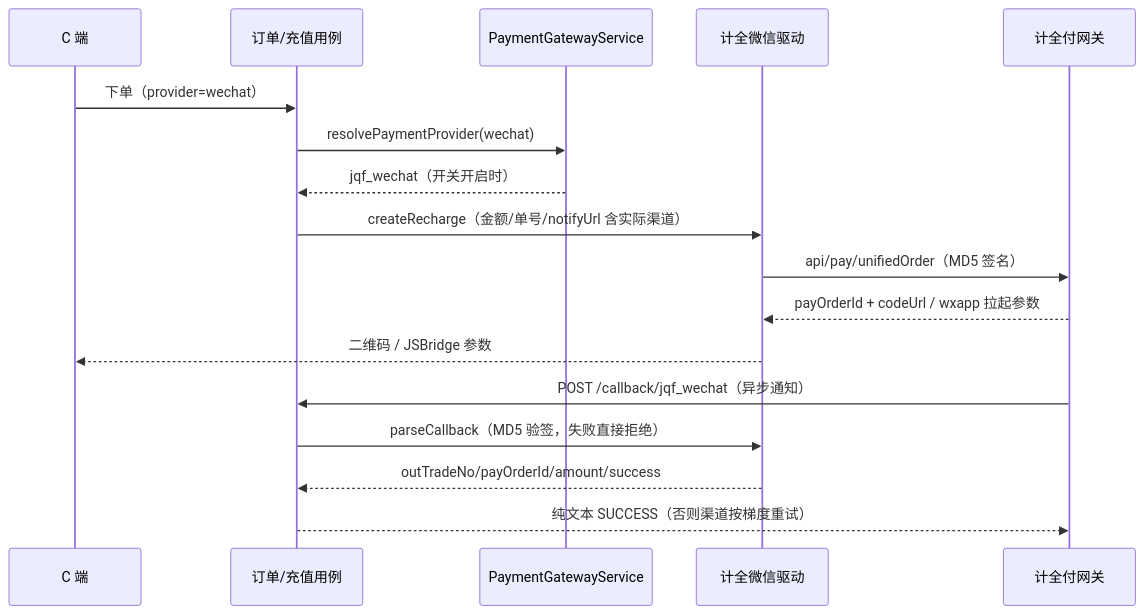
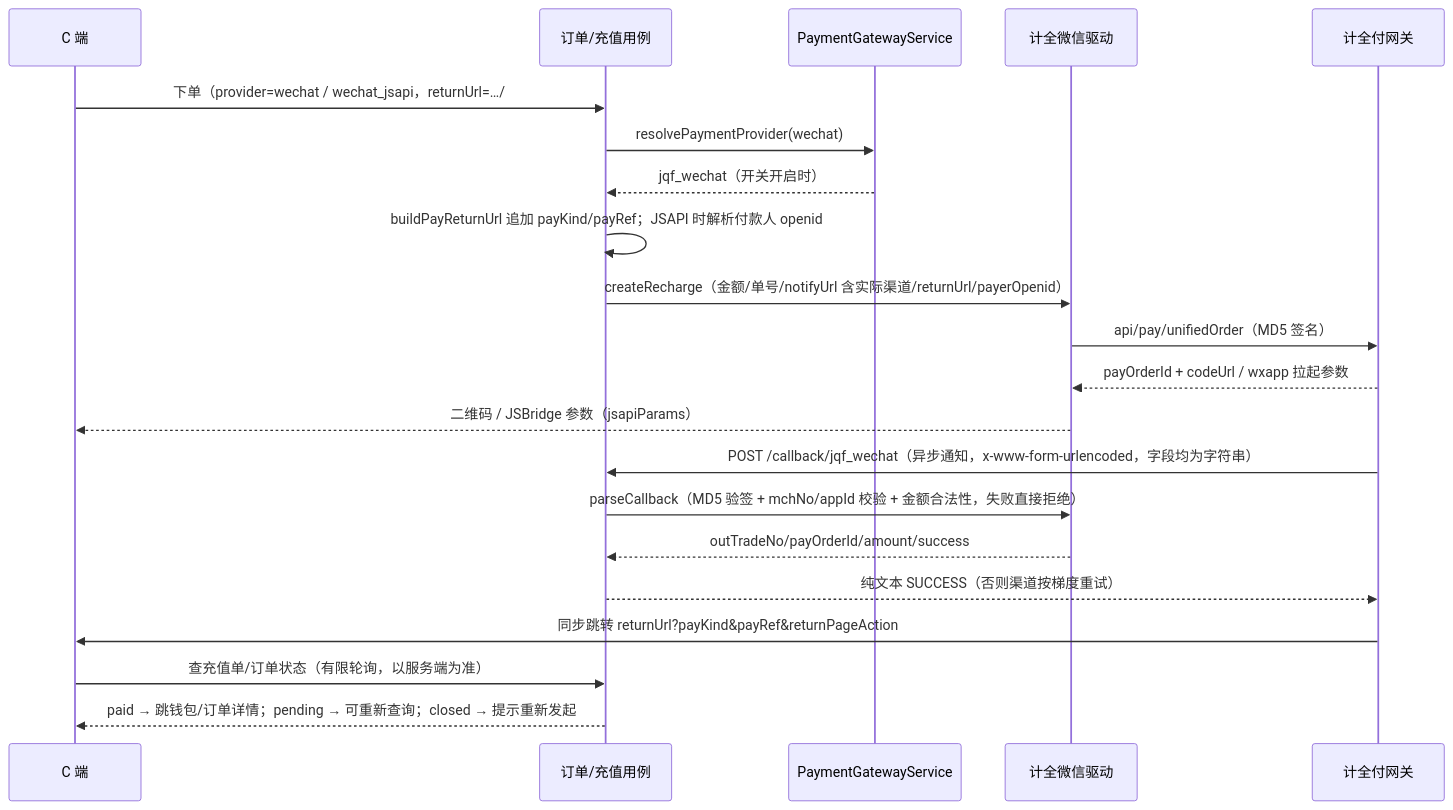
One commit to yiting001/E-sports-01 changed the second of 3 diagrams in docs/payment-gateway.md. Above: the diagram before and after it, drawn with Mermaid. The commit also changed other lines of this file and 29 other files, not shown here.

First line of the commit message:
feat(pay): 计全付同步跳转回应用、充值微信 JSAPI 与回调解析加固

````diff
--- a/docs/payment-gateway.md
+++ b/docs/payment-gateway.md
@@ -63,20 +74,24 @@
 ```mermaid
 sequenceDiagram
     participant C as C 端
     participant O as 订单/充值用例
     participant G as PaymentGatewayService
     participant D as 计全微信驱动
     participant J as 计全付网关
 
-    C->>O: 下单（provider=wechat）
+    C->>O: 下单（provider=wechat / wechat_jsapi，returnUrl=…/#/pay/return）
     O->>G: resolvePaymentProvider(wechat)
     G-->>O: jqf_wechat（开关开启时）
-    O->>D: createRecharge（金额/单号/notifyUrl 含实际渠道）
+    O->>O: buildPayReturnUrl 追加 payKind/payRef；JSAPI 时解析付款人 openid
+    O->>D: createRecharge（金额/单号/notifyUrl 含实际渠道/returnUrl/payerOpenid）
     D->>J: api/pay/unifiedOrder（MD5 签名）
     J-->>D: payOrderId + codeUrl / wxapp 拉起参数
-    D-->>C: 二维码 / JSBridge 参数
-    J->>O: POST /callback/jqf_wechat（异步通知）
-    O->>D: parseCallback（MD5 验签，失败直接拒绝）
+    D-->>C: 二维码 / JSBridge 参数（jsapiParams）
+    J->>O: POST /callback/jqf_wechat（异步通知，x-www-form-urlencoded，字段均为字符串）
+    O->>D: parseCallback（MD5 验签 + mchNo/appId 校验 + 金额合法性，失败直接拒绝）
     D-->>O: outTradeNo/payOrderId/amount/success
     O-->>J: 纯文本 SUCCESS（否则渠道按梯度重试）
+    J->>C: 同步跳转 returnUrl?payKind&payRef&returnPageAction
+    C->>O: 查充值单/订单状态（有限轮询，以服务端为准）
+    O-->>C: paid → 跳钱包/订单详情；pending → 可重新查询；closed → 提示重新发起
 ```
````
